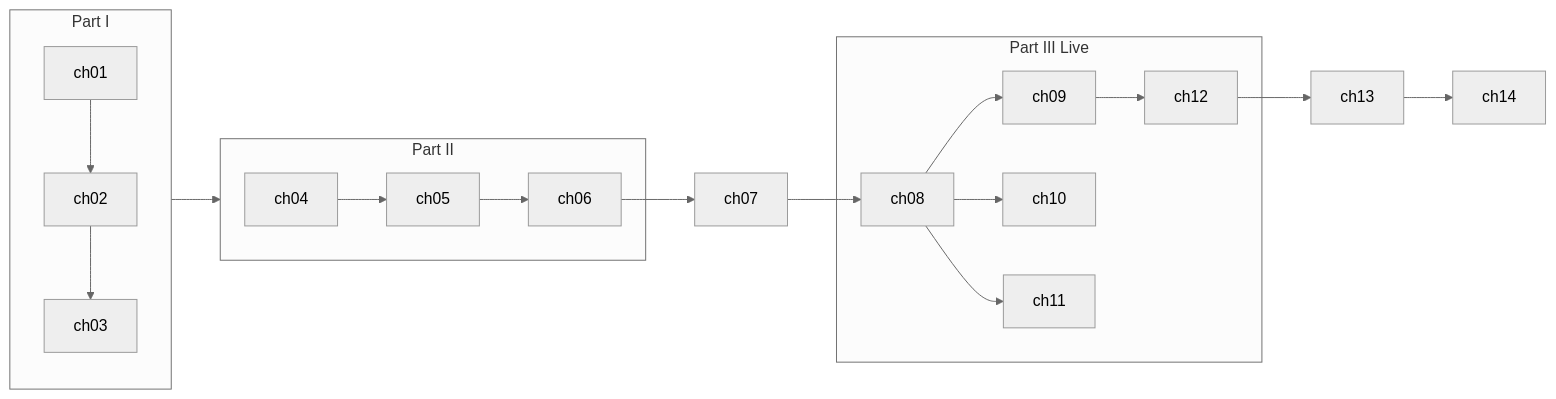
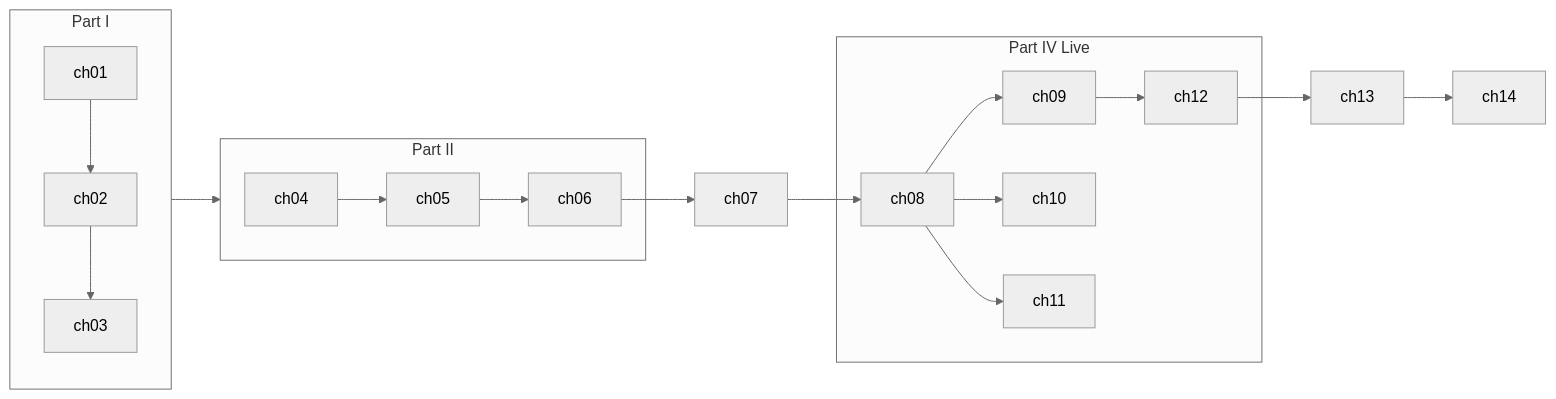
Before and after one commit to GeneralKnowledge/Good-Dog-Book: the diagram in architecture/CHAPTER_MAP.md, drawn with Mermaid (neutral theme). The commit also changed other lines of this file and 12 other files, not shown here.

````diff
--- a/architecture/CHAPTER_MAP.md
+++ b/architecture/CHAPTER_MAP.md
@@ -34,20 +48,20 @@
 ```mermaid
 flowchart LR
   subgraph I[Part I]
     ch01 --> ch02 --> ch03
   end
   subgraph II[Part II]
     ch04 --> ch05 --> ch06
   end
   ch06 --> ch07
-  subgraph III[Part III Live]
+  subgraph IV[Part IV Live]
     ch08 --> ch09
     ch08 --> ch10
     ch08 --> ch11
     ch09 --> ch12
   end
   ch07 --> ch08
   ch12 --> ch13
   ch13 --> ch14
   I --> II
 ```
````
